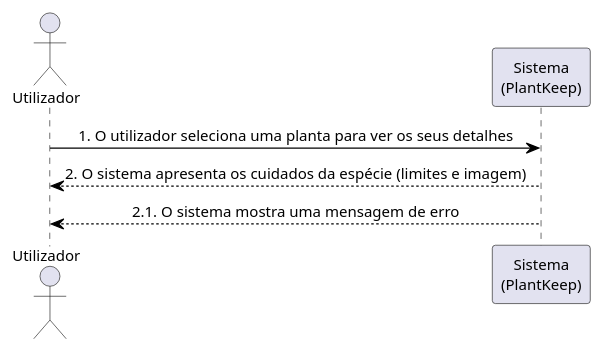
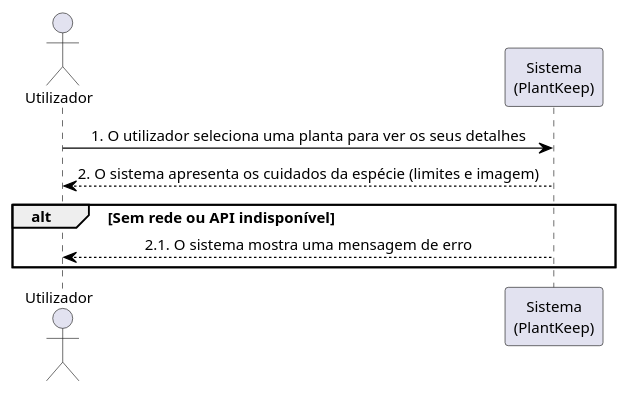
Before and after one commit to compaqle/DSSMV_ProjectDroid_1251486_1251506: the diagram in .docs/diagramas/SSDs/uc03.puml, drawn with PlantUML. The commit also changed 9 other files, not shown here.

```diff
--- a/.docs/diagramas/SSDs/uc03.puml
+++ b/.docs/diagramas/SSDs/uc03.puml
@@ -1,11 +1,13 @@
 @startuml
 skinparam defaultFontSize 12
 skinparam sequenceMessageAlign center
 skinparam ArrowColor #000000
 skinparam sequenceArrowColor #000000
 actor "Utilizador" as u
 participant "Sistema\n(PlantKeep)" as s
 u -> s : 1. O utilizador seleciona uma planta para ver os seus detalhes
 s --> u : 2. O sistema apresenta os cuidados da espécie (limites e imagem)
-s --> u : 2.1. O sistema mostra uma mensagem de erro
+alt Sem rede ou API indisponível
+    s --> u : 2.1. O sistema mostra uma mensagem de erro
+end
 @enduml
```
